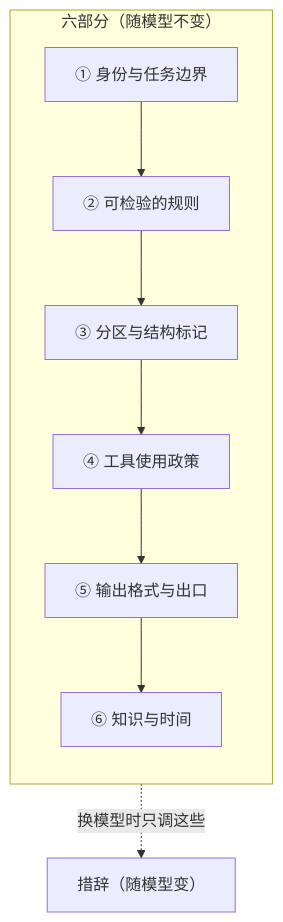
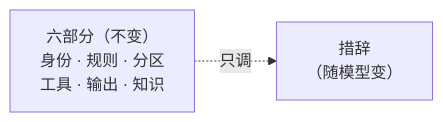
Before and after one commit to arganzheng/arganzheng.github.com: the second of 5 diagrams in slides/2026-10-11-context-engineering.md, drawn with Mermaid. The commit also changed other lines of this file, not shown here.

Commit message:
slides(2026-10-11-context-engineering): 图内文字 ≥14px——标签缩短/拆分/Unicode 数学

````diff
--- a/slides/2026-10-11-context-engineering.md
+++ b/slides/2026-10-11-context-engineering.md
@@ -54,14 +55,6 @@
 ```mermaid
 %%{init: {"flowchart": {"wrappingWidth": 170}}}%%
-flowchart TB
-    subgraph SP["六部分（随模型不变）"]
-        direction TB
-        A["① 身份与任务边界"] --> B["② 可检验的规则"]
-        B --> C["③ 分区与结构标记"]
-        C --> D["④ 工具使用政策"]
-        D --> E["⑤ 输出格式与出口"]
-        E --> F["⑥ 知识与时间"]
-    end
-    SP -. "换模型时只调这些" .-> W["措辞（随模型变）"]
+flowchart LR
+    SP["六部分（不变）<br/>身份 · 规则 · 分区<br/>工具 · 输出 · 知识"] -. "只调" .-> W["措辞<br/>（随模型变）"]
 
 ```
````
